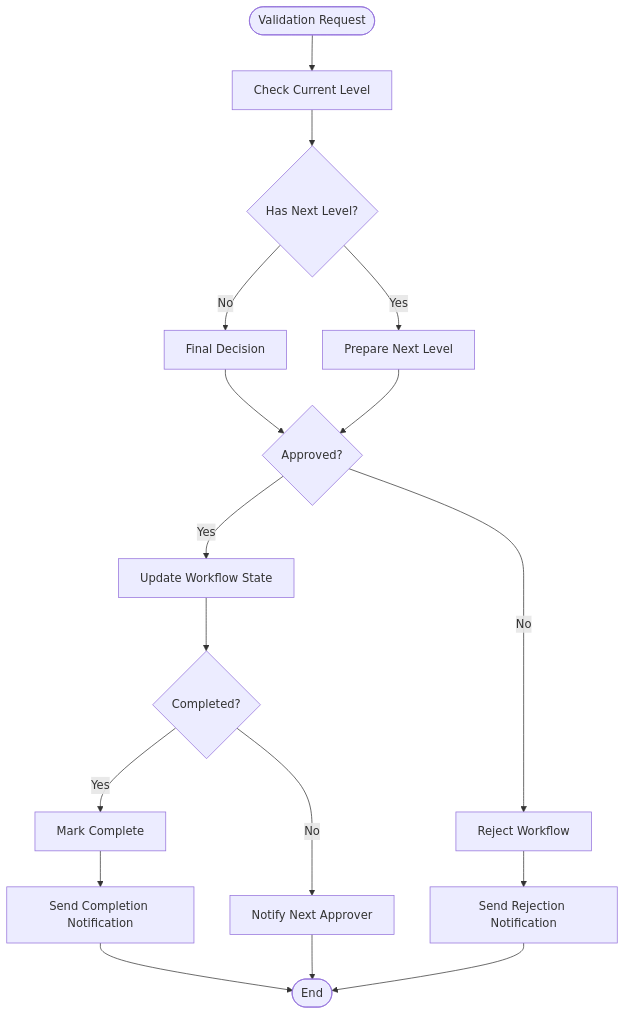
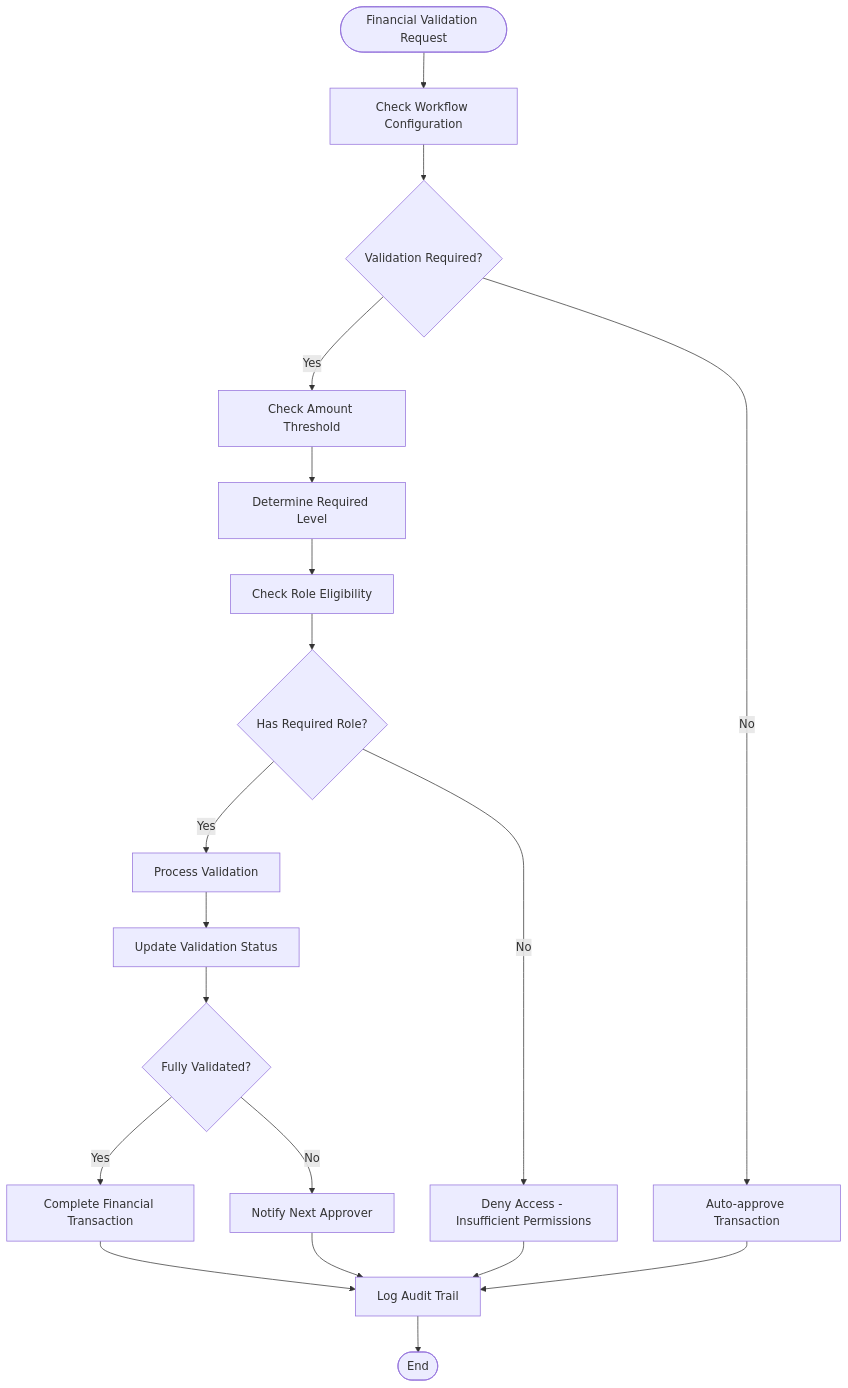
One commit to franckylab/eLISAschool changed the sixth of 13 diagrams in .qoder/repowiki/en/content/Modules & Features/Validation Workflow System.md. Above: the diagram before and after it, drawn with Mermaid. The commit also changed other lines of this file and 236 other files, not shown here.

````diff
--- a/.qoder/repowiki/en/content/Modules & Features/Validation Workflow System.md
+++ b/.qoder/repowiki/en/content/Modules & Features/Validation Workflow System.md
@@ -241,19 +329,21 @@
 ```mermaid
 flowchart TD
-Start([Validation Request]) --> CheckLevel["Check Current Level"]
-CheckLevel --> HasNext{"Has Next Level?"}
-HasNext --> |No| FinalDecision["Final Decision"]
-HasNext --> |Yes| NextLevel["Prepare Next Level"]
-FinalDecision --> Decision{"Approved?"}
-NextLevel --> Decision
-Decision --> |Yes| UpdateWorkflow["Update Workflow State"]
-Decision --> |No| RejectWorkflow["Reject Workflow"]
-UpdateWorkflow --> CheckComplete{"Completed?"}
-CheckComplete --> |Yes| CompleteWorkflow["Mark Complete"]
+Start([Financial Validation Request]) --> CheckConfig["Check Workflow Configuration"]
+CheckConfig --> RequireValidation{"Validation Required?"}
+RequireValidation --> |No| AutoApprove["Auto-approve Transaction"]
+RequireValidation --> |Yes| CheckAmount["Check Amount Threshold"]
+CheckAmount --> DetermineLevel["Determine Required Level"]
+DetermineLevel --> CheckRole["Check Role Eligibility"]
+CheckRole --> HasPermission{"Has Required Role?"}
+HasPermission --> |No| DenyAccess["Deny Access - Insufficient Permissions"]
+HasPermission --> |Yes| ProcessValidation["Process Validation"]
+ProcessValidation --> UpdateStatus["Update Validation Status"]
+UpdateStatus --> CheckComplete{"Fully Validated?"}
+CheckComplete --> |Yes| CompleteTransaction["Complete Financial Transaction"]
 CheckComplete --> |No| NotifyNext["Notify Next Approver"]
-RejectWorkflow --> NotifyReject["Send Rejection Notification"]
-CompleteWorkflow --> NotifyComplete["Send Completion Notification"]
-NotifyNext --> End([End])
-NotifyReject --> End
-NotifyComplete --> End
+CompleteTransaction --> LogAudit["Log Audit Trail"]
+NotifyNext --> LogAudit
+DenyAccess --> LogAudit
+AutoApprove --> LogAudit
+LogAudit --> End([End])
 ```
````
